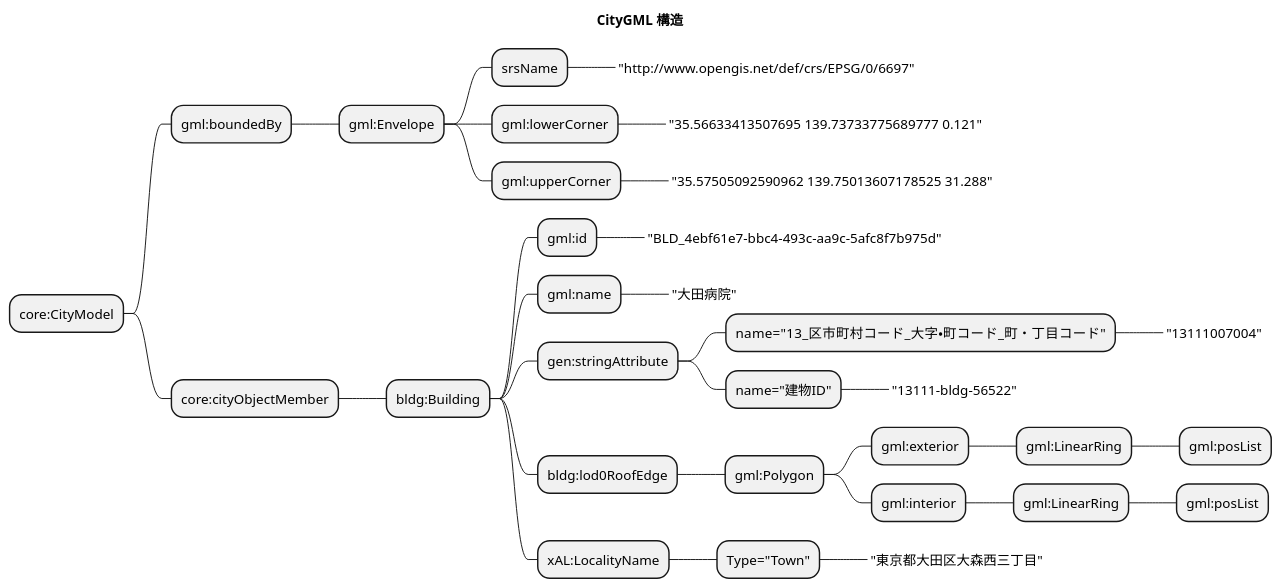
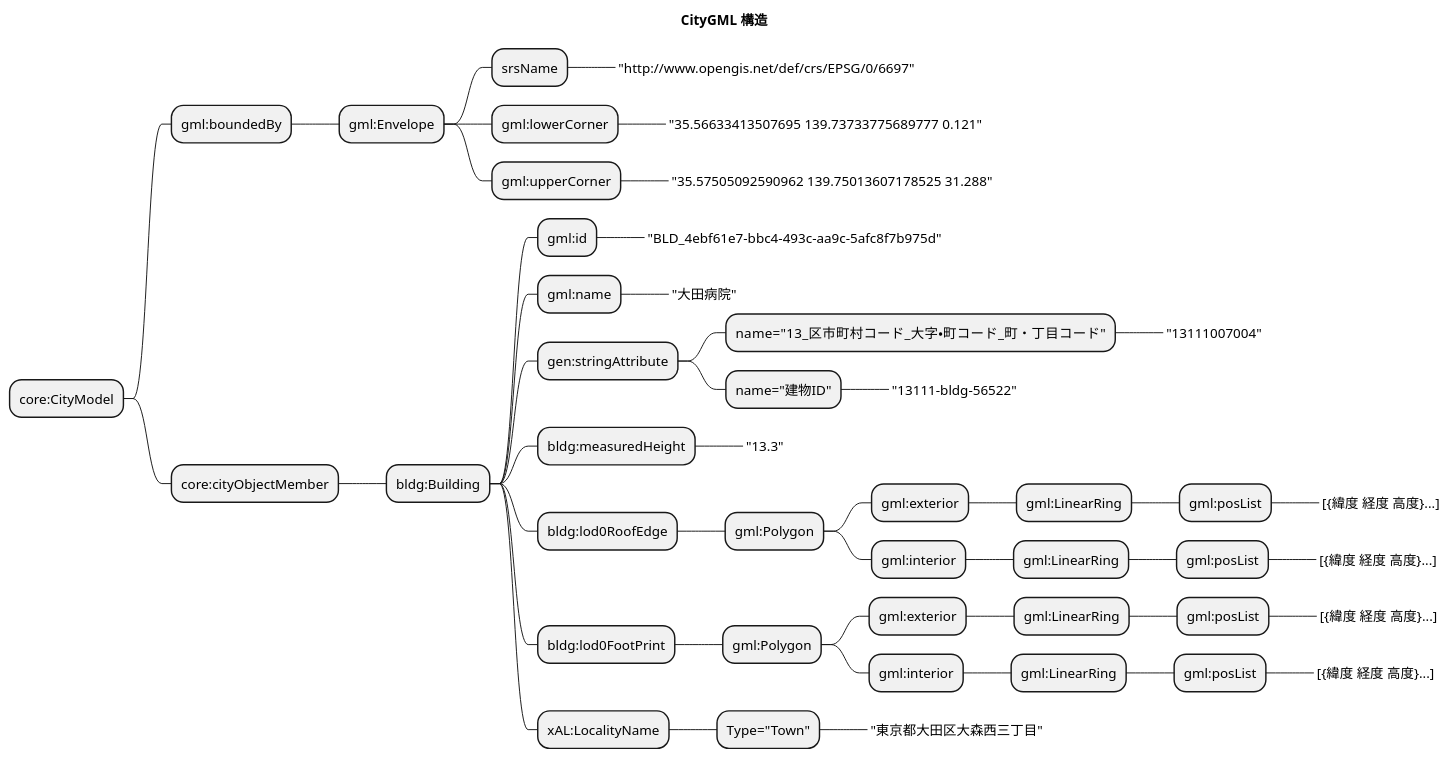
The diagram in doc/citygml/citygml.mind.pu (yuuhayashi/citygml-osm), drawn with PlantUML before and after one commit. The commit also changed 4 other files, not shown here.

Commit message:
fix #13 <bldg:lod0FootPrint>に対応

```diff
--- a/doc/citygml/citygml.mind.pu
+++ b/doc/citygml/citygml.mind.pu
@@ -1,36 +1,50 @@
 @startmindmap
 title CityGML 構造
 
 * core:CityModel
 ** gml:boundedBy
 *** gml:Envelope
 **** srsName
 *****_ "http://www.opengis.net/def/crs/EPSG/0/6697"
 **** gml:lowerCorner
 *****_ "35.56633413507695 139.73733775689777 0.121"
 **** gml:upperCorner
 *****_ "35.57505092590962 139.75013607178525 31.288"
 ** core:cityObjectMember
 *** bldg:Building
 **** gml:id
 *****_ "BLD_4ebf61e7-bbc4-493c-aa9c-5afc8f7b975d"
 **** gml:name
 *****_ "大田病院"
 **** gen:stringAttribute
 ***** name="13_区市町村コード_大字・町コード_町・丁目コード"
 ******_ "13111007004"
 ***** name="建物ID"
 ******_ "13111-bldg-56522"
+**** bldg:measuredHeight
+*****_ "13.3"
 **** bldg:lod0RoofEdge
 ***** gml:Polygon
 ****** gml:exterior
 ******* gml:LinearRing
 ******** gml:posList
+*********_ [{緯度 経度 高度}...]
 ****** gml:interior
 ******* gml:LinearRing
 ******** gml:posList
+*********_ [{緯度 経度 高度}...]
+**** bldg:lod0FootPrint
+***** gml:Polygon
+****** gml:exterior
+******* gml:LinearRing
+******** gml:posList
+*********_ [{緯度 経度 高度}...]
+****** gml:interior
+******* gml:LinearRing
+******** gml:posList
+*********_ [{緯度 経度 高度}...]
 **** xAL:LocalityName
 ***** Type="Town"
 ******_ "東京都大田区大森西三丁目"
 
 @endmindmap
```
